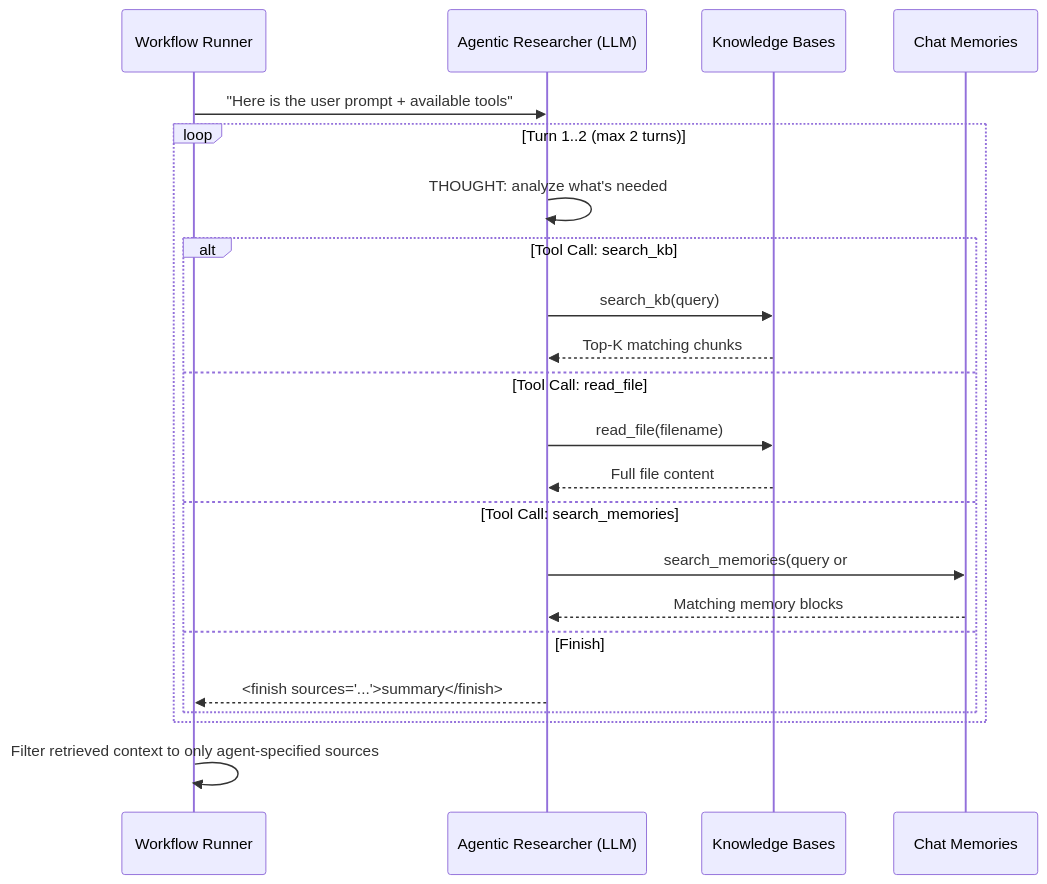
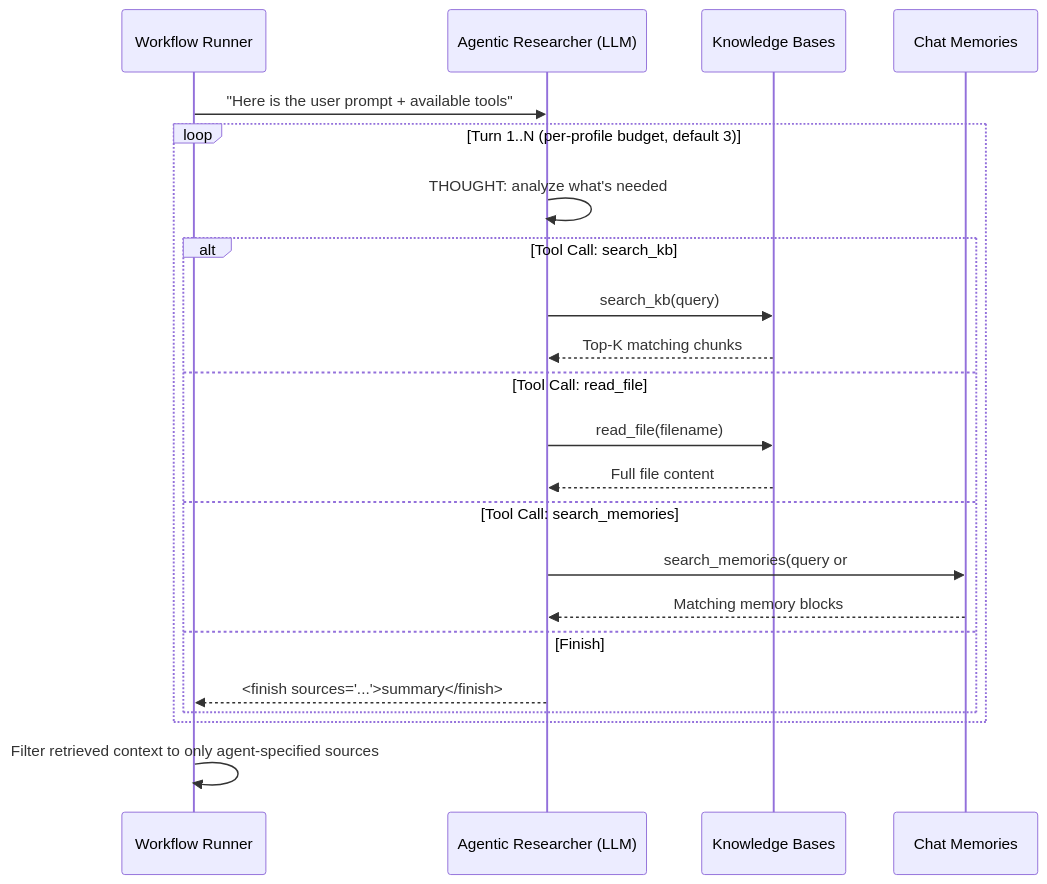
Before and after one commit to Kallamo/Kallamo: the diagram in docs/architecture.md, drawn with Mermaid. The commit also changed other lines of this file and 4 other files, not shown here.

````diff
--- a/docs/architecture.md
+++ b/docs/architecture.md
@@ -321,28 +335,28 @@
 ```mermaid
 sequenceDiagram
     participant WR as Workflow Runner
     participant Agent as Agentic Researcher (LLM)
     participant KB as Knowledge Bases
     participant Mem as Chat Memories
 
     WR->>Agent: "Here is the user prompt + available tools"
     
-    loop Turn 1..2 (max 2 turns)
+    loop Turn 1..N (per-profile budget, default 3)
         Agent->>Agent: THOUGHT: analyze what's needed
         
         alt Tool Call: search_kb
             Agent->>KB: search_kb(query)
             KB-->>Agent: Top-K matching chunks
         else Tool Call: read_file
             Agent->>KB: read_file(filename)
             KB-->>Agent: Full file content
         else Tool Call: search_memories
             Agent->>Mem: search_memories(query or #tags)
             Mem-->>Agent: Matching memory blocks
         else Finish
             Agent-->>WR: <finish sources="...">summary</finish>
         end
     end
     
     WR->>WR: Filter retrieved context to only agent-specified sources
 ```
````
